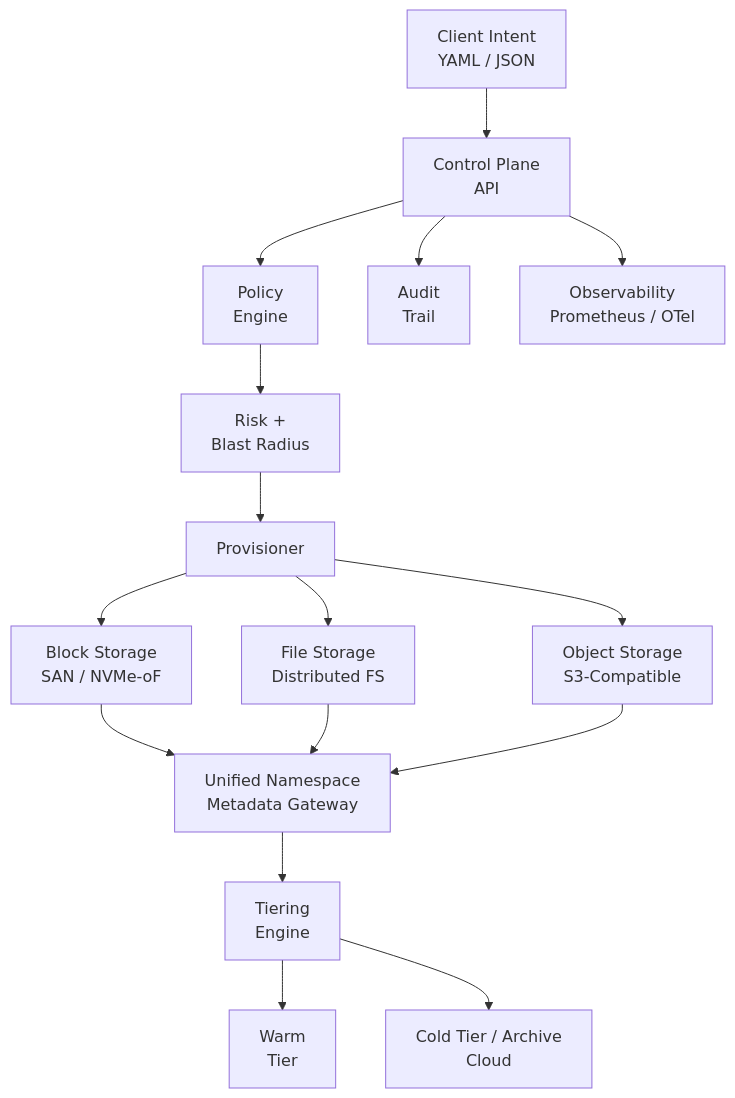
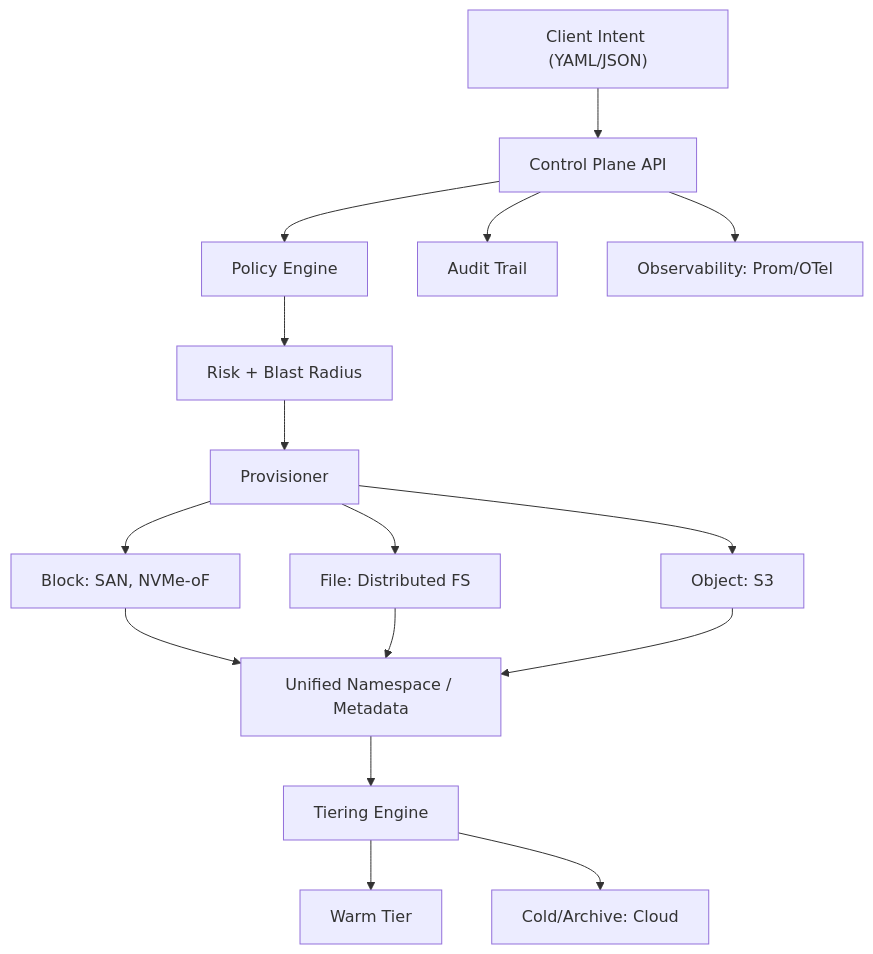
One commit to priyesh1988/software-defined-storage-platform changed the diagram in README.md. Above: the diagram before and after it, drawn with Mermaid. The commit also changed other lines of this file, not shown here.

````diff
--- a/README.md
+++ b/README.md
@@ -31,36 +28,36 @@
 ```mermaid
 flowchart TB
-  A["Client Intent<br/>YAML / JSON"]
-  B["Control Plane<br/>API"]
-  C["Policy<br/>Engine"]
-  D["Risk +<br/>Blast Radius"]
+  A["Client Intent (YAML/JSON)"]
+  B["Control Plane API"]
+  C["Policy Engine"]
+  D["Risk + Blast Radius"]
   E["Provisioner"]
 
-  F1["Block Storage<br/>SAN / NVMe-oF"]
-  F2["File Storage<br/>Distributed FS"]
-  F3["Object Storage<br/>S3-Compatible"]
+  F1["Block: SAN, NVMe-oF"]
+  F2["File: Distributed FS"]
+  F3["Object: S3"]
 
-  G["Unified Namespace<br/>Metadata Gateway"]
-  H["Tiering<br/>Engine"]
-  I["Warm<br/>Tier"]
-  J["Cold Tier / Archive<br/>Cloud"]
+  G["Unified Namespace / Metadata"]
+  H["Tiering Engine"]
+  I["Warm Tier"]
+  J["Cold/Archive: Cloud"]
 
-  K["Audit<br/>Trail"]
-  L["Observability<br/>Prometheus / OTel"]
+  K["Audit Trail"]
+  L["Observability: Prom/OTel"]
 
   A --> B
   B --> C
   C --> D
   D --> E
   E --> F1
   E --> F2
   E --> F3
   F1 --> G
   F2 --> G
   F3 --> G
   G --> H
   H --> I
   H --> J
   B --> K
   B --> L
 ```
````
